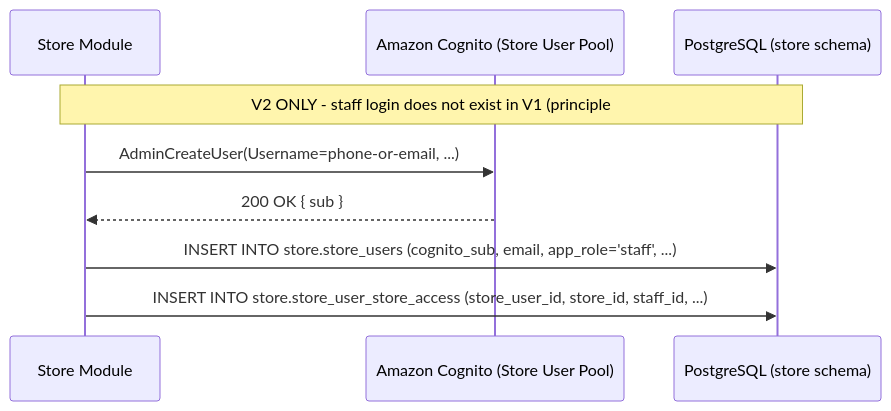
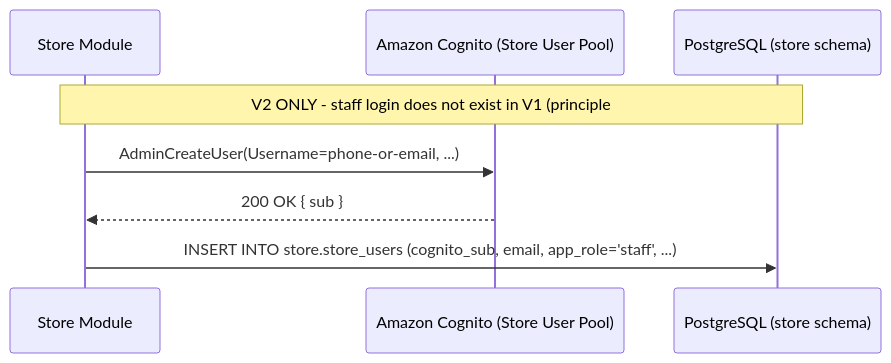
Before and after one commit to szhanggit/appointmentsystemdesign: the diagram in usercasestudy/growayshop-staff-invite-workflow.md, drawn with Mermaid. The commit also changed other lines of this file and 4 other files, not shown here.

````diff
--- a/usercasestudy/growayshop-staff-invite-workflow.md
+++ b/usercasestudy/growayshop-staff-invite-workflow.md
@@ -59,12 +59,11 @@
 ```mermaid
 sequenceDiagram
     participant SM as Store Module
     participant SCOG as Amazon Cognito (Store User Pool)
     participant DB as PostgreSQL (store schema)
 
     Note over SM,DB: V2 ONLY - staff login does not exist in V1 (principle #1).<br/>Login validity would derive from "has >=1 live staff_schedules entry<br/>at a store," not a stored flag - nothing here is built, let alone called.
     SM->>SCOG: AdminCreateUser(Username=phone-or-email, ...)
     SCOG-->>SM: 200 OK { sub }
     SM->>DB: INSERT INTO store.store_users (cognito_sub, email, app_role='staff', ...)
-    SM->>DB: INSERT INTO store.store_user_store_access (store_user_id, store_id, staff_id, ...)
 ```
````
